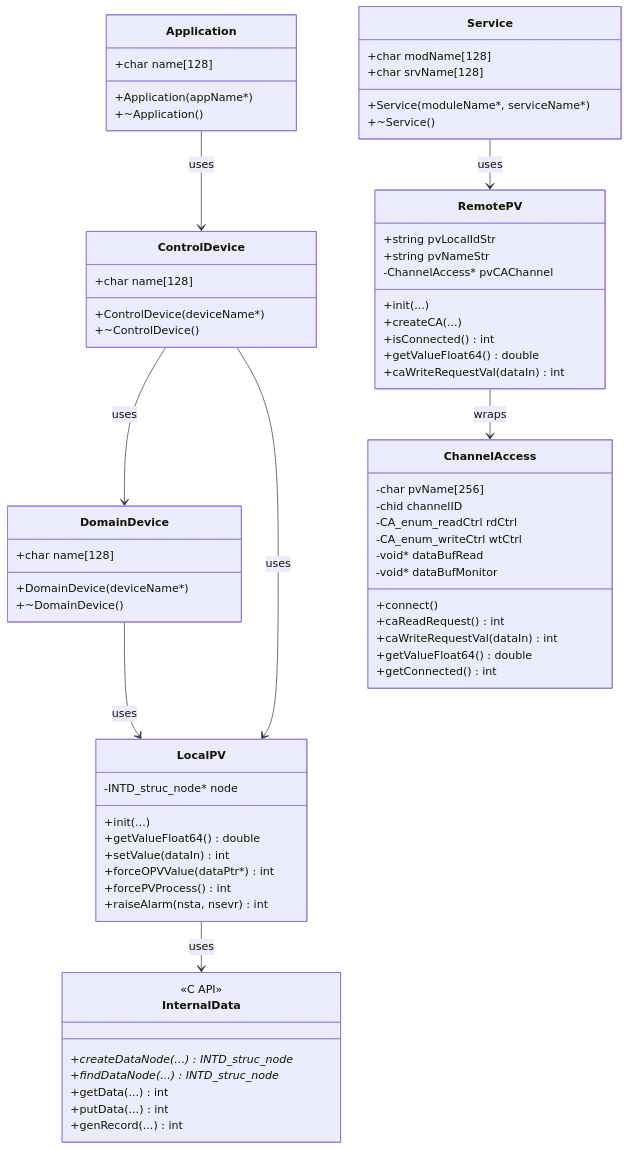
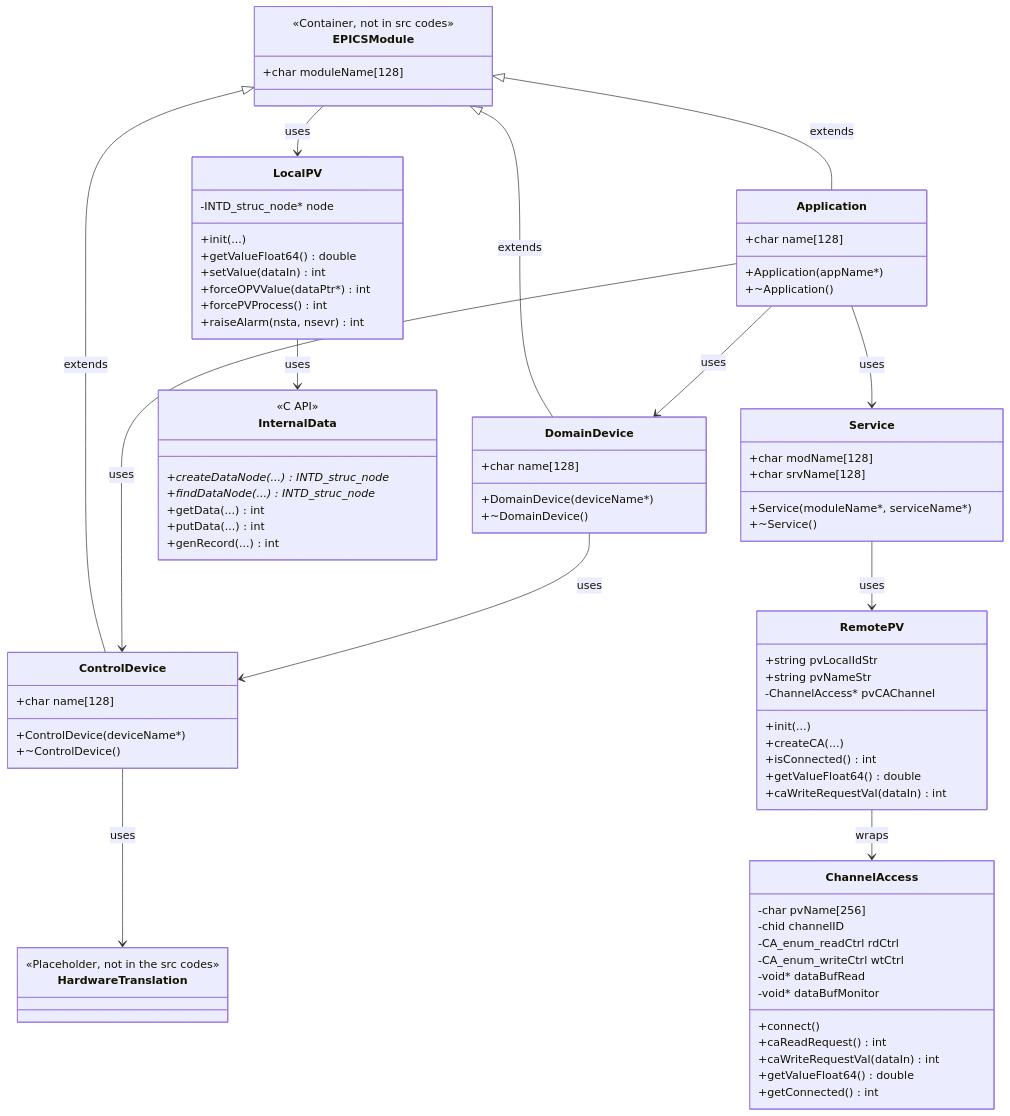
One commit to aaqiao/ooEpics changed the first of 5 diagrams in doc/ooEpicsApp_Documentation.md. Above: the diagram before and after it, drawn with Mermaid. The commit also changed other lines of this file, not shown here.

Commit message:
added docu

````diff
--- a/doc/ooEpicsApp_Documentation.md
+++ b/doc/ooEpicsApp_Documentation.md
@@ -139,5 +139,14 @@
 ```mermaid
 classDiagram
+    class EPICSModule {
+        <<Container, not in src codes>>
+        +char moduleName[128]
+    }
+
+    class HardwareTranslation {
+        <<Placeholder, not in the src codes>>
+    }
+
     class Application {
         +char name[128]
         +Application(appName*)
@@ -207,10 +216,15 @@
         +genRecord(...) int
     }
     
+    EPICSModule <|-- Application : extends
+    EPICSModule <|-- ControlDevice : extends
+    EPICSModule <|-- DomainDevice : extends
+    EPICSModule --> LocalPV : uses
     Application --> ControlDevice : uses
-    ControlDevice --> DomainDevice : uses
-    ControlDevice --> LocalPV : uses
-    DomainDevice --> LocalPV : uses
+    Application --> DomainDevice : uses
+    Application --> Service : uses
+    DomainDevice --> ControlDevice : uses
+    ControlDevice --> HardwareTranslation : uses
     Service --> RemotePV : uses
     RemotePV --> ChannelAccess : wraps
     LocalPV --> InternalData : uses
````
